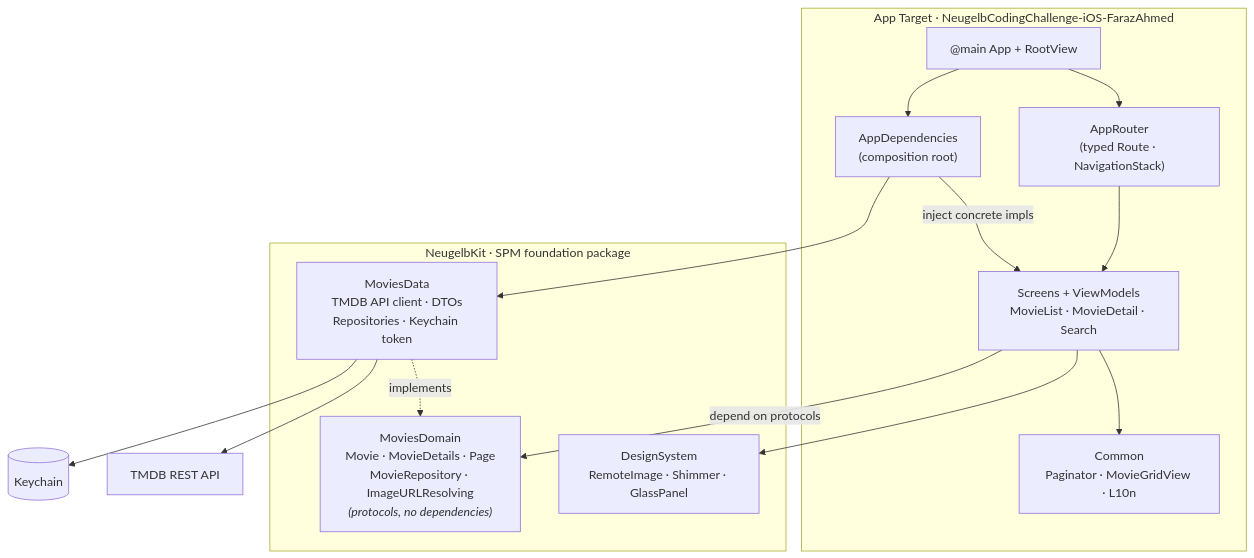
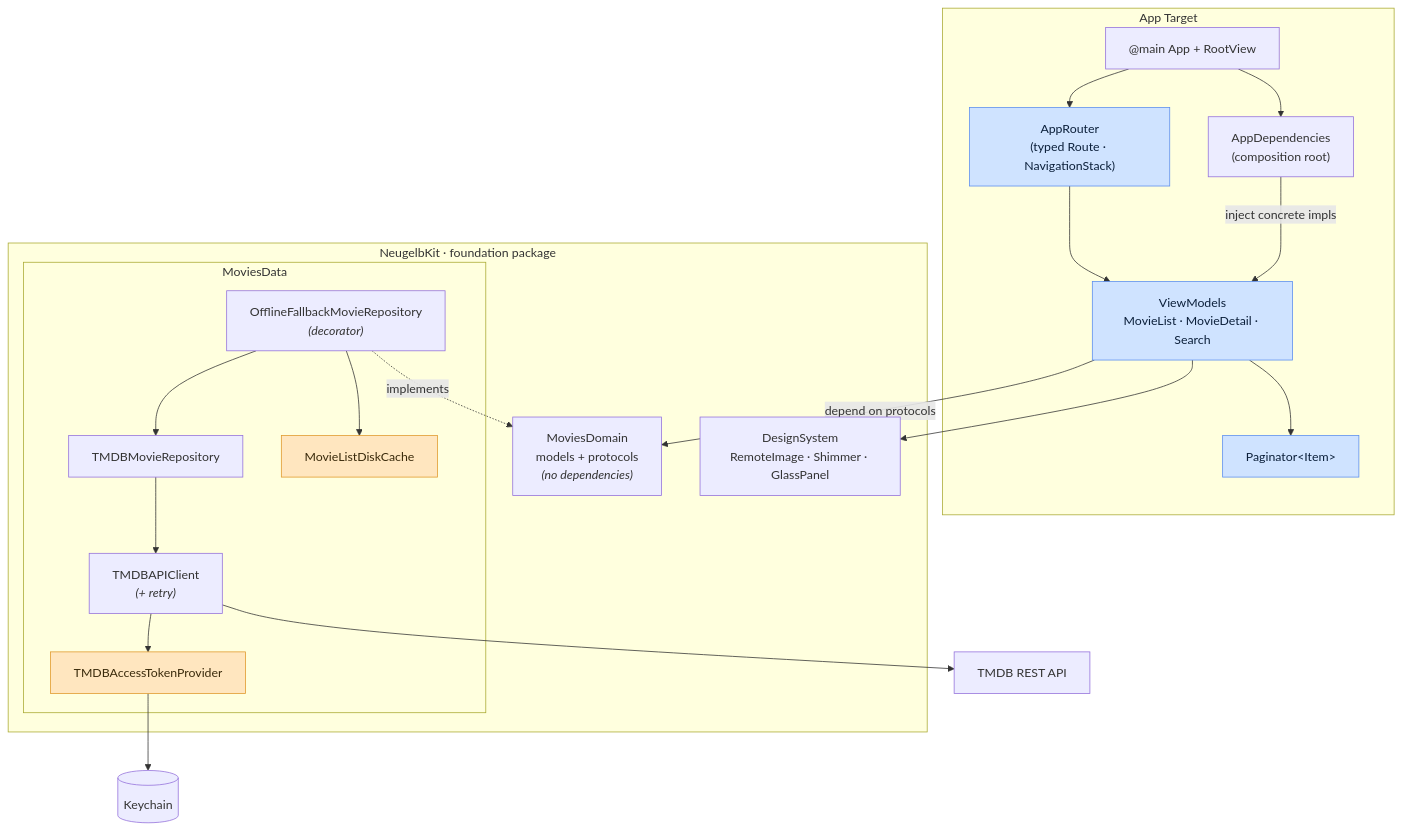
Before and after one commit to Farazahmed90/Neugelb-Coding-Challenge-iOS-FarazAhmed: the first of 2 diagrams in README.md, drawn with Mermaid. The commit also changed other lines of this file, not shown here.

Commit message:
Elevate README: judgment-led prose, concurrency/testing sections, richer diagrams

````diff
--- a/README.md
+++ b/README.md
@@ -28,31 +28,45 @@
 ```mermaid
 flowchart TD
-    subgraph App["App Target · NeugelbCodingChallenge-iOS-FarazAhmed"]
+    subgraph App["App Target"]
         Entry["@main App + RootView"]
         Router["AppRouter<br/>(typed Route · NavigationStack)"]
-        VMs["Screens + ViewModels<br/>MovieList · MovieDetail · Search"]
-        Common["Common<br/>Paginator · MovieGridView · L10n"]
+        VMs["ViewModels<br/>MovieList · MovieDetail · Search"]
+        Paginator["Paginator&lt;Item&gt;"]
         DI["AppDependencies<br/>(composition root)"]
     end
 
-    subgraph Kit["NeugelbKit · SPM foundation package"]
-        Domain["MoviesDomain<br/>Movie · MovieDetails · Page<br/>MovieRepository · ImageURLResolving<br/><i>(protocols, no dependencies)</i>"]
-        Data["MoviesData<br/>TMDB API client · DTOs<br/>Repositories · Keychain token"]
+    subgraph Kit["NeugelbKit · foundation package"]
+        Domain["MoviesDomain<br/>models + protocols<br/><i>(no dependencies)</i>"]
+        subgraph DataLayer["MoviesData"]
+            Repo["OfflineFallbackMovieRepository<br/><i>(decorator)</i>"]
+            Remote["TMDBMovieRepository"]
+            API["TMDBAPIClient<br/><i>(+ retry)</i>"]
+            Token["TMDBAccessTokenProvider"]
+            Cache["MovieListDiskCache"]
+        end
         Design["DesignSystem<br/>RemoteImage · Shimmer · GlassPanel"]
     end
 
     External["TMDB REST API"]
     Keychain[("Keychain")]
 
     Entry --> Router
     Entry --> DI
     Router --> VMs
-    VMs --> Common
+    VMs --> Paginator
     VMs --> Design
     VMs -->|depend on protocols| Domain
     DI -->|inject concrete impls| VMs
-    DI --> Data
-    Data -. implements .-> Domain
-    Data --> External
-    Data --> Keychain
+    Repo -. implements .-> Domain
+    Repo --> Remote
+    Repo --> Cache
+    Remote --> API
+    API --> Token
+    API --> External
+    Token --> Keychain
+
+    classDef main fill:#cfe3ff,stroke:#5b8def,color:#0b1f3a;
+    classDef actor fill:#ffe6bf,stroke:#e0992b,color:#3a2a0b;
+    class Router,VMs,Paginator main;
+    class Token,Cache actor;
 ```
````
